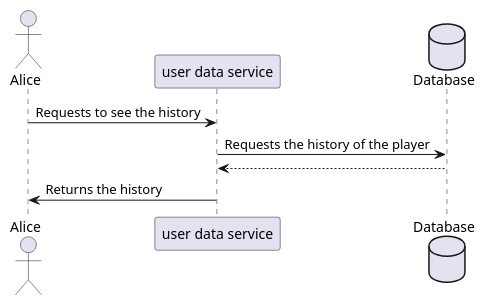
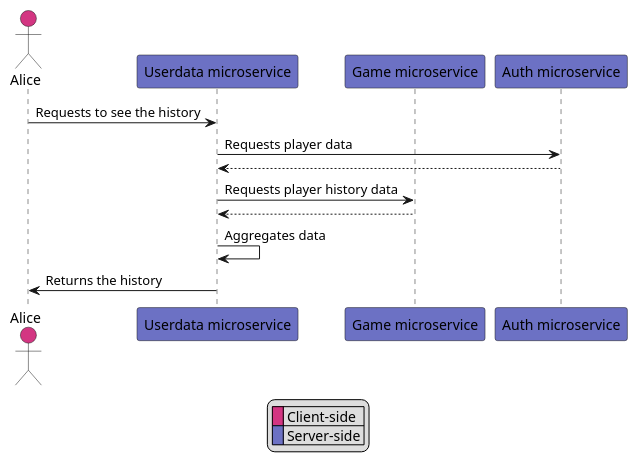
Before and after one commit to Arquisoft/wiq_es1c: the third of 3 diagrams in docs/src/06_runtime_view.adoc, drawn with PlantUML. The commit also changed other lines of this file, not shown here.

```diff
--- a/docs/src/06_runtime_view.adoc
+++ b/docs/src/06_runtime_view.adoc
@@ -52,12 +67,20 @@
 [plantuml,"Look at history",png]
 ----
-actor a as "Alice"
-participant q as "user data service"
-database d as "Database"
-
+actor a as "Alice" #d33682
+participant q as "Userdata microservice" #6c71c4
+participant g as "Game microservice" #6c71c4 
+participant l as "Auth microservice" #6c71c4
 
 a -> q: Requests to see the history
-q -> d: Requests the history of the player
-d -->q
+q -> l: Requests player data
+q <-- l
+q -> g: Requests player history data
+q <-- g
+q -> q: Aggregates data 
 q -> a: Returns the history 
+
+legend
+ |<back:#d33682>   </back>| Client-side |
+ |<back:#6c71c4>   </back>| Server-side |
+endlegend
 ----
```
